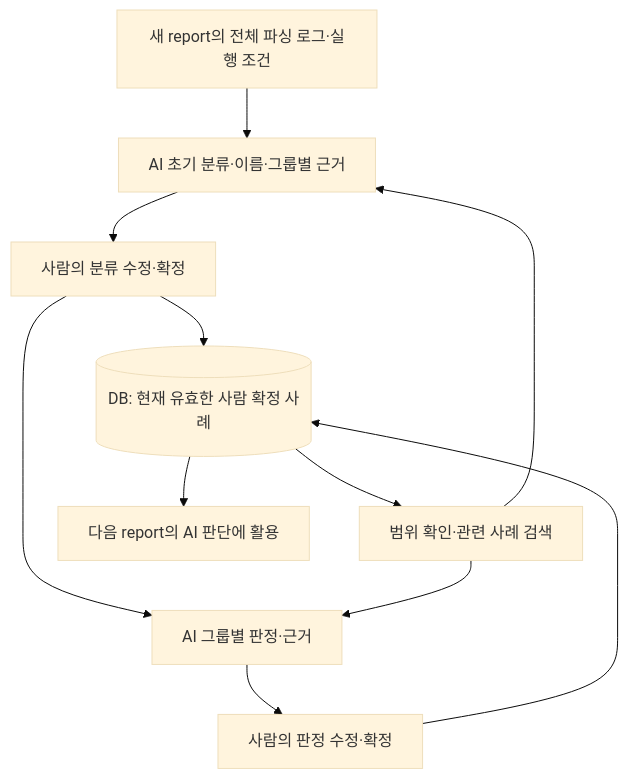
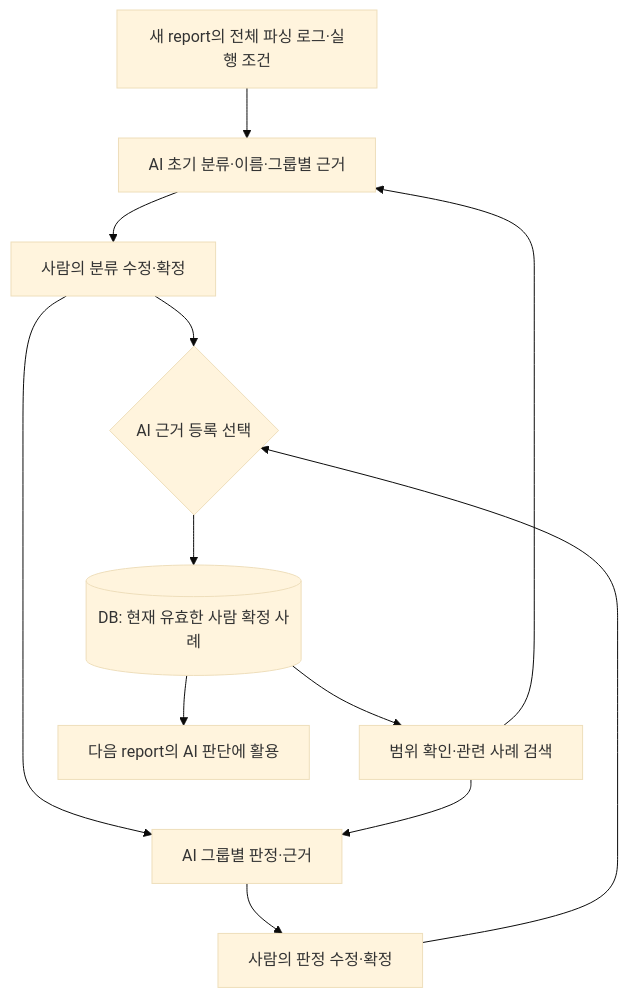
Before and after one commit to kyuns-96/sanity_log_parser: the first of 2 diagrams in AI_DECISION_DESIGN.md, drawn with Mermaid (base theme). The commit also changed other lines of this file and 30 other files, not shown here.

````diff
--- a/AI_DECISION_DESIGN.md
+++ b/AI_DECISION_DESIGN.md
@@ -23,13 +23,14 @@
 ```mermaid
 flowchart TD
     R[새 report의 전체 파싱 로그·실행 조건] --> C[AI 초기 분류·이름·그룹별 근거]
     K[(DB: 현재 유효한 사람 확정 사례)] --> Q[범위 확인·관련 사례 검색]
     Q --> C
     C --> H[사람의 분류 수정·확정]
-    H --> K
+    H --> S{AI 근거 등록 선택}
+    S --> K
     H --> J[AI 그룹별 판정·근거]
     Q --> J
     J --> F[사람의 판정 수정·확정]
-    F --> K
+    F --> S
     K --> N[다음 report의 AI 판단에 활용]
 ```
````
